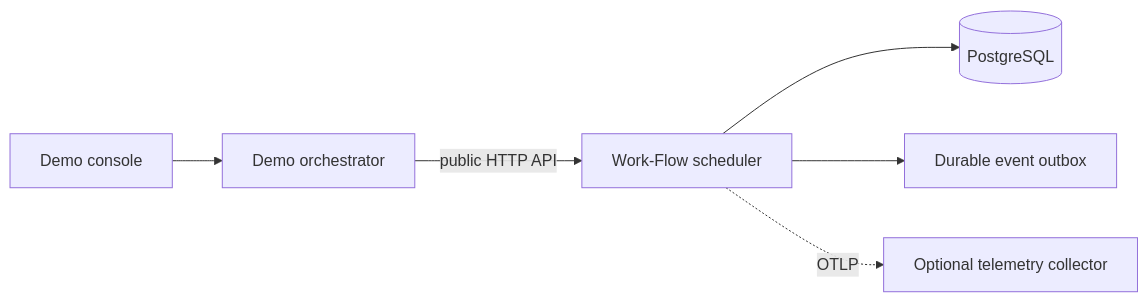
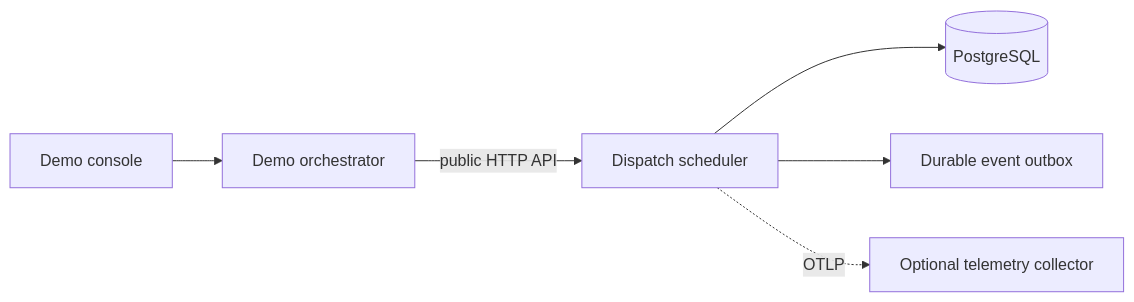
Before and after one commit to daksh-panchal/dispatch: the diagram in README.md, drawn with Mermaid. The commit also changed other lines of this file and 38 other files, not shown here.

````diff
--- a/README.md
+++ b/README.md
@@ -26,8 +26,8 @@
 ```mermaid
 flowchart LR
     Browser[Demo console] --> Demo[Demo orchestrator]
-    Demo -->|public HTTP API| Scheduler[Work-Flow scheduler]
+    Demo -->|public HTTP API| Scheduler[Dispatch scheduler]
     Scheduler --> Database[(PostgreSQL)]
     Scheduler --> Outbox[Durable event outbox]
     Scheduler -. OTLP .-> Collector[Optional telemetry collector]
 ```
````
